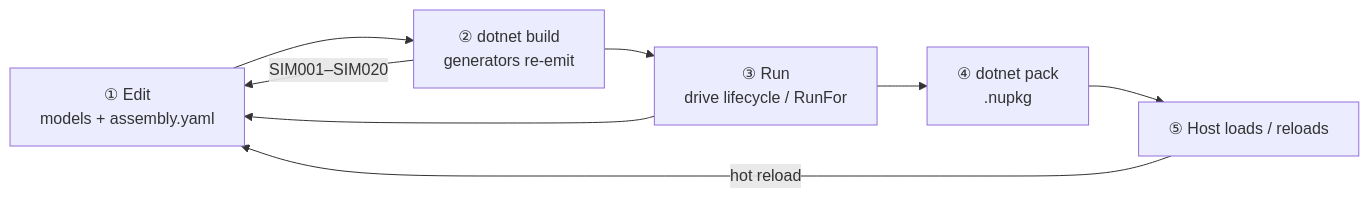
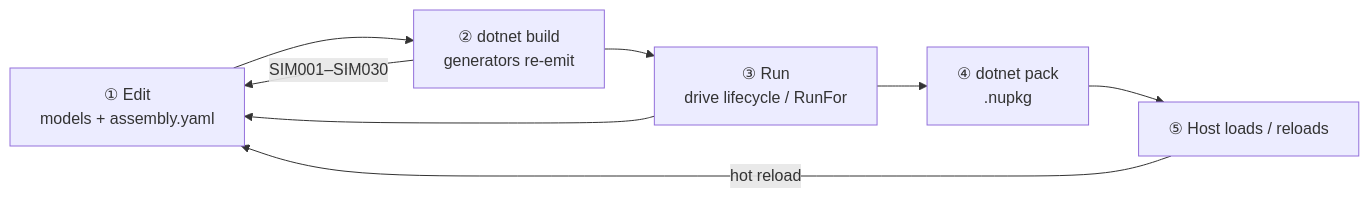
The diagram in public/content/dev-loop.md (SimulaSharp-org/simulasharp-docs), drawn with Mermaid before and after one commit. The commit also changed other lines of this file and 7 other files, not shown here.

````diff
--- a/public/content/dev-loop.md
+++ b/public/content/dev-loop.md
@@ -7,10 +7,10 @@
 ```mermaid
 flowchart LR
   EDIT["① Edit<br/>models + assembly.yaml"] --> BUILD["② dotnet build<br/>generators re-emit"]
-  BUILD -->|"SIM001–SIM020"| EDIT
+  BUILD -->|"SIM001–SIM030"| EDIT
   BUILD --> RUN["③ Run<br/>drive lifecycle / RunFor"]
   RUN --> EDIT
   RUN --> PACK["④ dotnet pack<br/>.nupkg"]
   PACK --> LOAD["⑤ Host loads / reloads"]
   LOAD -->|"hot reload"| EDIT
 ```
````
